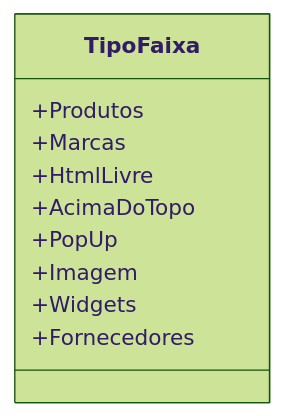
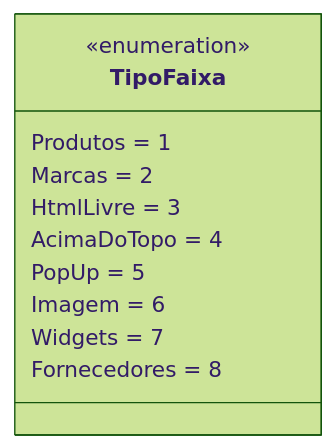
Before and after one commit to IsthmusSistemas/documentacao-tecnica: the diagram in docs/b2b-dominio/IsthmusWinthor.Nucleo/IsthmusWinthor.Dominio/Enumeradores/TipoFaixa.md, drawn with Mermaid (forest theme). The commit also changed other lines of this file and 882 other files, not shown here.

````diff
--- a/docs/b2b-dominio/IsthmusWinthor.Nucleo/IsthmusWinthor.Dominio/Enumeradores/TipoFaixa.md
+++ b/docs/b2b-dominio/IsthmusWinthor.Nucleo/IsthmusWinthor.Dominio/Enumeradores/TipoFaixa.md
@@ -11,13 +11,14 @@
 ```mermaid
 classDiagram
     class TipoFaixa {
-        +Produtos
-        +Marcas
-        +HtmlLivre
-        +AcimaDoTopo
-        +PopUp
-        +Imagem
-        +Widgets
-        +Fornecedores
+        <<enumeration>>
+        Produtos = 1
+        Marcas = 2
+        HtmlLivre = 3
+        AcimaDoTopo = 4
+        PopUp = 5
+        Imagem = 6
+        Widgets = 7
+        Fornecedores = 8
     }
 ```
````
